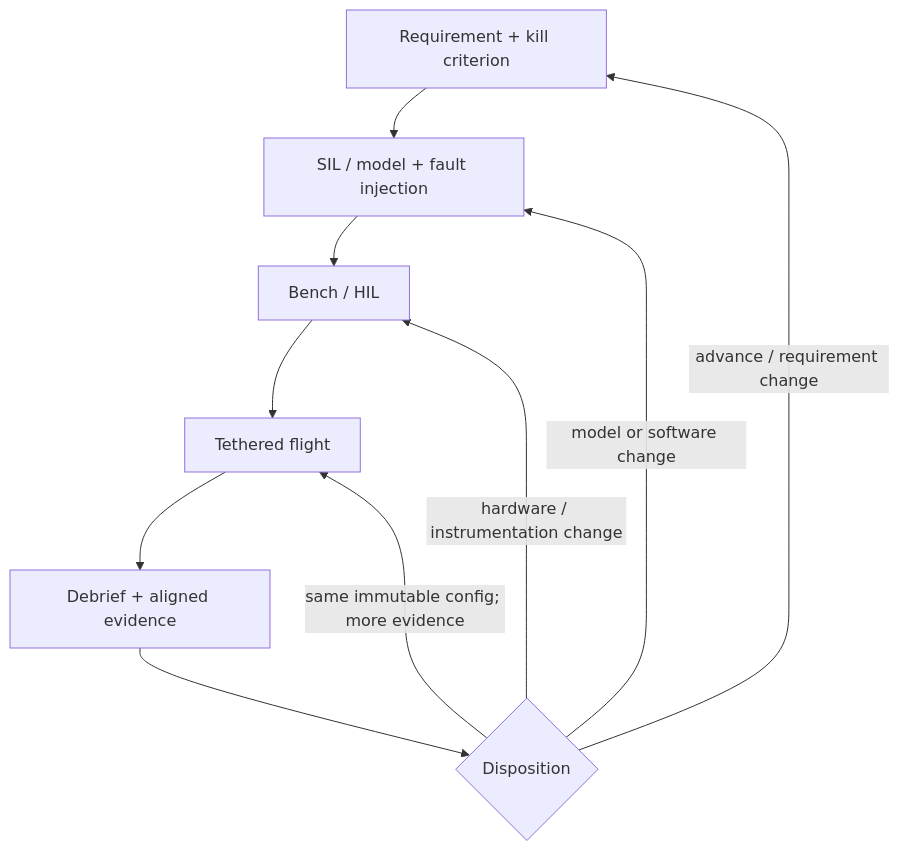
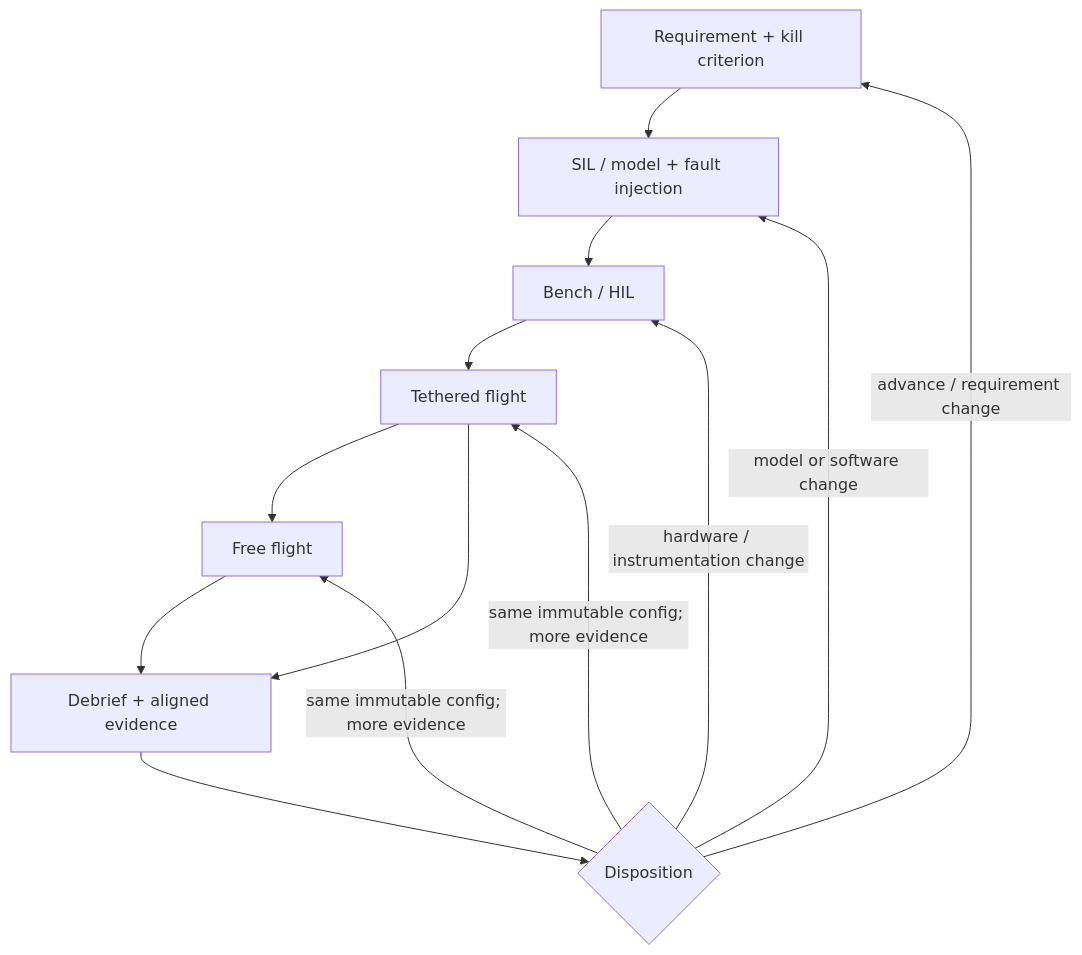
One commit to 0xSoftBoi/aiur changed the first of 2 diagrams in docs/engineering-loop.md. Above: the diagram before and after it, drawn with Mermaid. The commit also changed other lines of this file and 22 other files, not shown here.

````diff
--- a/docs/engineering-loop.md
+++ b/docs/engineering-loop.md
@@ -14,12 +16,15 @@
 ```mermaid
 flowchart TD
     R["Requirement + kill criterion"] --> S["SIL / model + fault injection"]
     S --> B["Bench / HIL"]
     B --> F["Tethered flight"]
+    F --> FF["Free flight"]
     F --> D["Debrief + aligned evidence"]
+    FF --> D
     D --> X{"Disposition"}
     X -->|"advance / requirement change"| R
     X -->|"model or software change"| S
     X -->|"hardware / instrumentation change"| B
     X -->|"same immutable config; more evidence"| F
+    X -->|"same immutable config; more evidence"| FF
 ```
````
